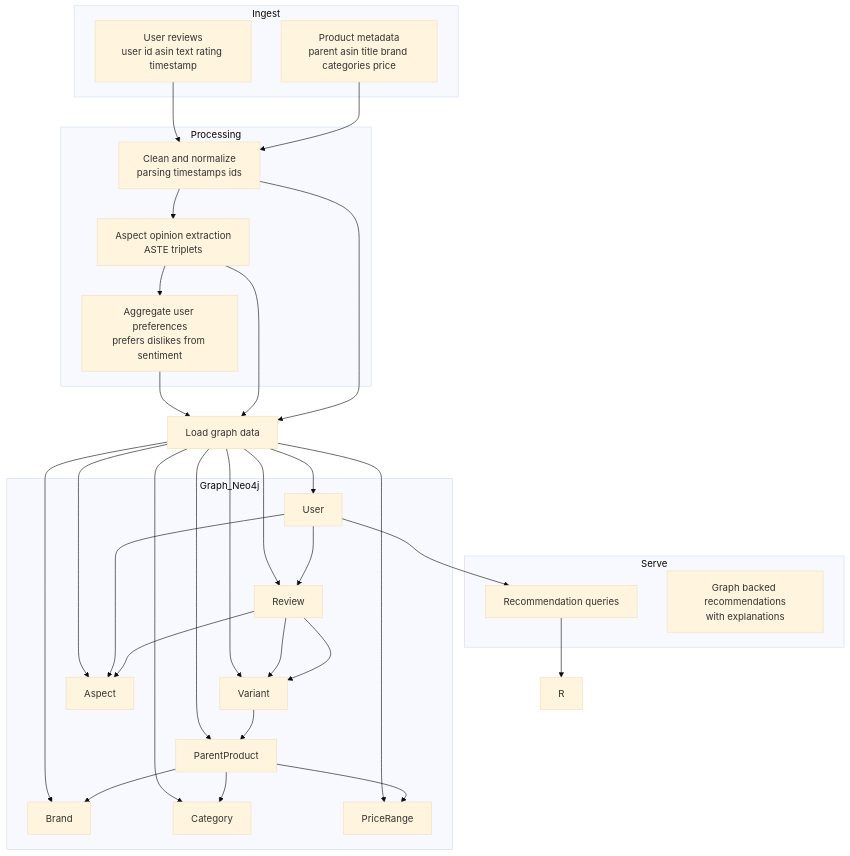
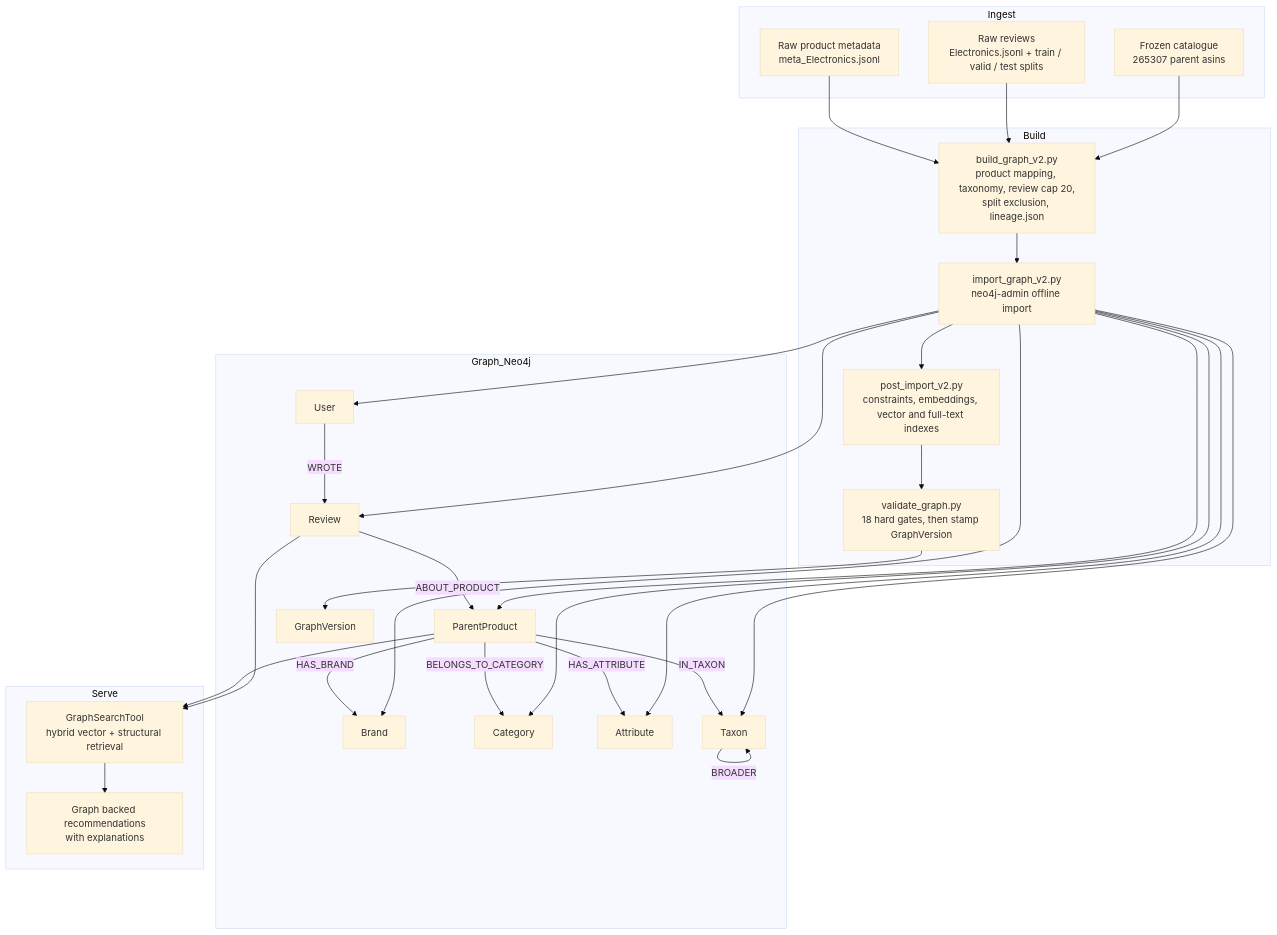
One commit to mikpaszkowski/recommendation-system changed the diagram in diagrams/general_kg_state_of_the_art_mermaid.md. Above: the diagram before and after it, drawn with Mermaid (base theme). The commit also changed 19 other files, not shown here.

First line of the commit message:
docs: graph v2 built - changelog, thesis update, snapshot, schema and runbook

````diff
--- a/diagrams/general_kg_state_of_the_art_mermaid.md
+++ b/diagrams/general_kg_state_of_the_art_mermaid.md
@@ -1,64 +1,62 @@
 ```mermaid
 flowchart TD
-%% NOTE 2026-10-19: v1 design schema. Graph v2 (Vision 2026-10-19-018) drops Variant and PriceRange and adds the Taxon tree.
-%% Redraw after the v2 graph is built and validated.
+%% Graph v2 build and schema, live since 2026-10-20 (Vision 2026-10-19-018; runbook in scripts/graph_ingestion/README.md).
+%% Redrawn 2026-10-20: the ASTE / aspect-preference layer and the Variant / PriceRange nodes of the v1 design are not part of v2.
 
 subgraph Ingest
-  METADATA[Product metadata\nparent asin title brand categories price]
-  REVIEWS[User reviews\nuser id asin text rating timestamp]
+  METADATA[Raw product metadata\nmeta_Electronics.jsonl]
+  REVIEWS[Raw reviews\nElectronics.jsonl + train / valid / test splits]
+  CATALOGUE[Frozen catalogue\n265307 parent asins]
 end
 
-subgraph Processing
-  CLEAN[Clean and normalize\nparsing timestamps ids]
-  ASPECTS[Aspect opinion extraction\nASTE triplets]
-  AGG_PREFS[Aggregate user preferences\nprefers dislikes from sentiment]
+subgraph Build
+  TRANSFORM[build_graph_v2.py\nproduct mapping, taxonomy, review cap 20,\nsplit exclusion, lineage.json]
+  IMPORT[import_graph_v2.py\nneo4j-admin offline import]
+  POST[post_import_v2.py\nconstraints, embeddings, vector and full-text indexes]
+  VALIDATE[validate_graph.py\n18 hard gates, then stamp GraphVersion]
 end
 
 subgraph Graph_Neo4j
   USER[User]
   REVIEW[Review]
-  VAR[Variant]
   PARENT[ParentProduct]
-  ASPECT[Aspect]
   BRAND[Brand]
   CAT[Category]
-  PRICE[PriceRange]
+  ATTR[Attribute]
+  TAXON[Taxon]
+  GVER[GraphVersion]
 
-  USER --> REVIEW
-  REVIEW --> VAR
-  VAR --> PARENT
-  REVIEW --> VAR
-  PARENT --> BRAND
-  PARENT --> CAT
-  PARENT --> PRICE
-  REVIEW --> ASPECT
-  USER --> ASPECT
+  USER -->|WROTE| REVIEW
+  REVIEW -->|ABOUT_PRODUCT| PARENT
+  PARENT -->|HAS_BRAND| BRAND
+  PARENT -->|BELONGS_TO_CATEGORY| CAT
+  PARENT -->|HAS_ATTRIBUTE| ATTR
+  PARENT -->|IN_TAXON| TAXON
+  TAXON -->|BROADER| TAXON
 end
 
 subgraph Serve
-  QUERY[Recommendation queries]
+  QUERY[GraphSearchTool\nhybrid vector + structural retrieval]
   RECS[Graph backed recommendations\nwith explanations]
 end
 
-METADATA --> CLEAN
-REVIEWS --> CLEAN
-CLEAN --> GRAPHLOAD[Load graph data]
-ASPECTS --> GRAPHLOAD
-AGG_PREFS --> GRAPHLOAD
+METADATA --> TRANSFORM
+REVIEWS --> TRANSFORM
+CATALOGUE --> TRANSFORM
+TRANSFORM --> IMPORT
+IMPORT --> POST
+POST --> VALIDATE
+VALIDATE --> GVER
 
-CLEAN --> ASPECTS
-ASPECTS --> AGG_PREFS
+IMPORT --> USER
+IMPORT --> REVIEW
+IMPORT --> PARENT
+IMPORT --> BRAND
+IMPORT --> CAT
+IMPORT --> ATTR
+IMPORT --> TAXON
 
-GRAPHLOAD --> USER
-GRAPHLOAD --> REVIEW
-GRAPHLOAD --> VAR
-GRAPHLOAD --> PARENT
-GRAPHLOAD --> ASPECT
-GRAPHLOAD --> BRAND
-GRAPHLOAD --> CAT
-GRAPHLOAD --> PRICE
-
-USER --> QUERY
-QUERY --> R
-
+PARENT --> QUERY
+REVIEW --> QUERY
+QUERY --> RECS
 ```
````
